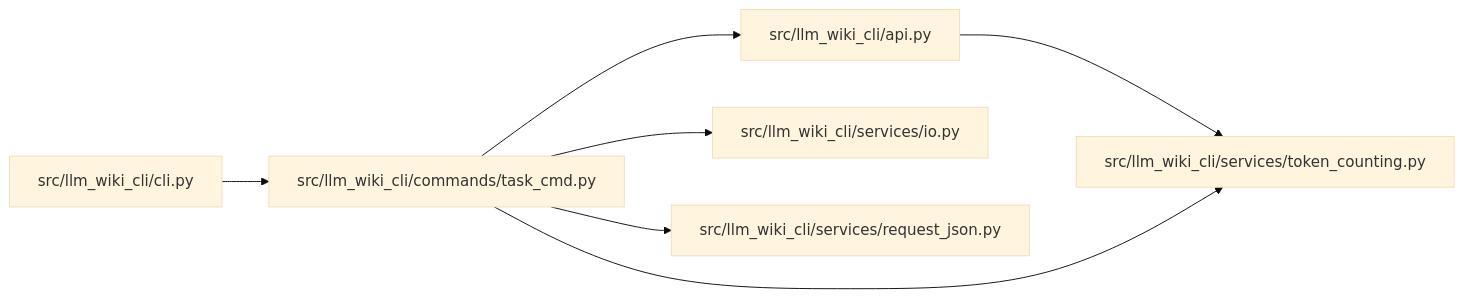
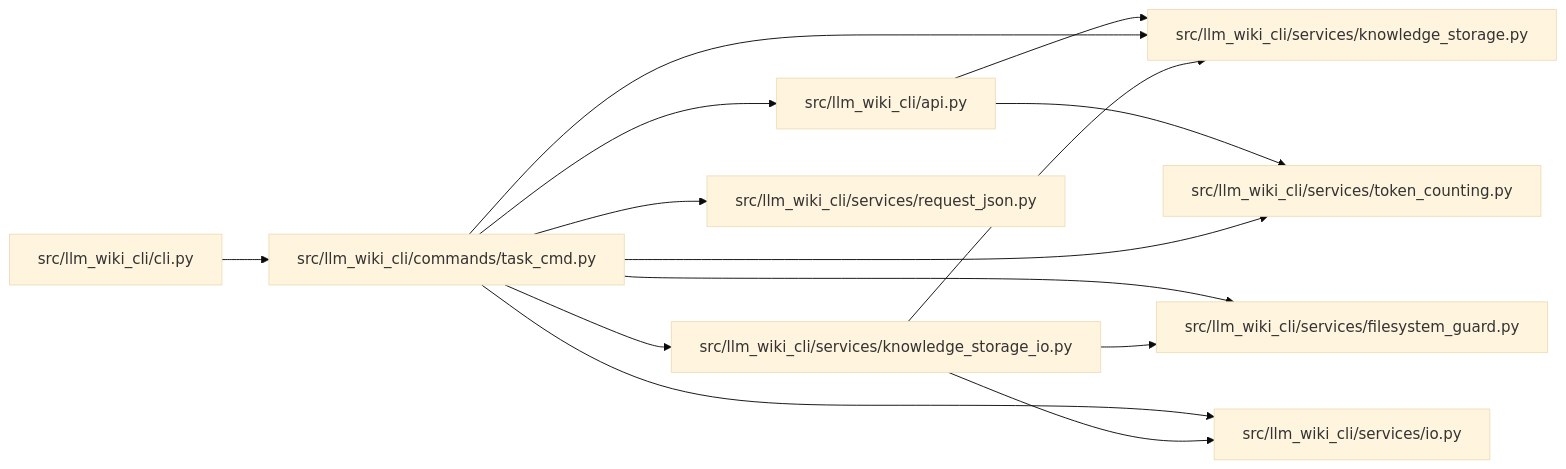
Before and after one commit to Denissvgn/python-wiki-llm: the diagram in docs/llm_wiki/modules/task_cmd.md, drawn with Mermaid (base theme). The commit also changed other lines of this file and 1410 other files, not shown here.

````diff
--- a/docs/llm_wiki/modules/task_cmd.md
+++ b/docs/llm_wiki/modules/task_cmd.md
@@ -23,21 +28,34 @@
 ```mermaid
 flowchart LR
     n0["src/llm_wiki_cli/api.py"]
     n1["src/llm_wiki_cli/cli.py"]
     n2["src/llm_wiki_cli/commands/task_cmd.py"]
-    n3["src/llm_wiki_cli/services/io.py"]
-    n4["src/llm_wiki_cli/services/request_json.py"]
-    n5["src/llm_wiki_cli/services/token_counting.py"]
+    n3["src/llm_wiki_cli/services/filesystem_guard.py"]
+    n4["src/llm_wiki_cli/services/io.py"]
+    n5["src/llm_wiki_cli/services/knowledge_storage.py"]
+    n6["src/llm_wiki_cli/services/knowledge_storage_io.py"]
+    n7["src/llm_wiki_cli/services/request_json.py"]
+    n8["src/llm_wiki_cli/services/token_counting.py"]
     n0 --> n5
+    n0 --> n8
     n1 --> n2
     n2 --> n0
     n2 --> n3
     n2 --> n4
     n2 --> n5
+    n2 --> n6
+    n2 --> n7
+    n2 --> n8
+    n6 --> n3
+    n6 --> n4
+    n6 --> n5
     click n0 "../modules/api.md"
     click n1 "../modules/cli.md"
     click n2 "../modules/task_cmd.md"
-    click n3 "../modules/io.md"
-    click n4 "../modules/request_json.md"
-    click n5 "../modules/token_counting.md"
+    click n3 "../modules/filesystem_guard.md"
+    click n4 "../modules/io.md"
+    click n5 "../modules/knowledge_storage.md"
+    click n6 "../modules/knowledge_storage_io.md"
+    click n7 "../modules/request_json.md"
+    click n8 "../modules/token_counting.md"
 ```
````
